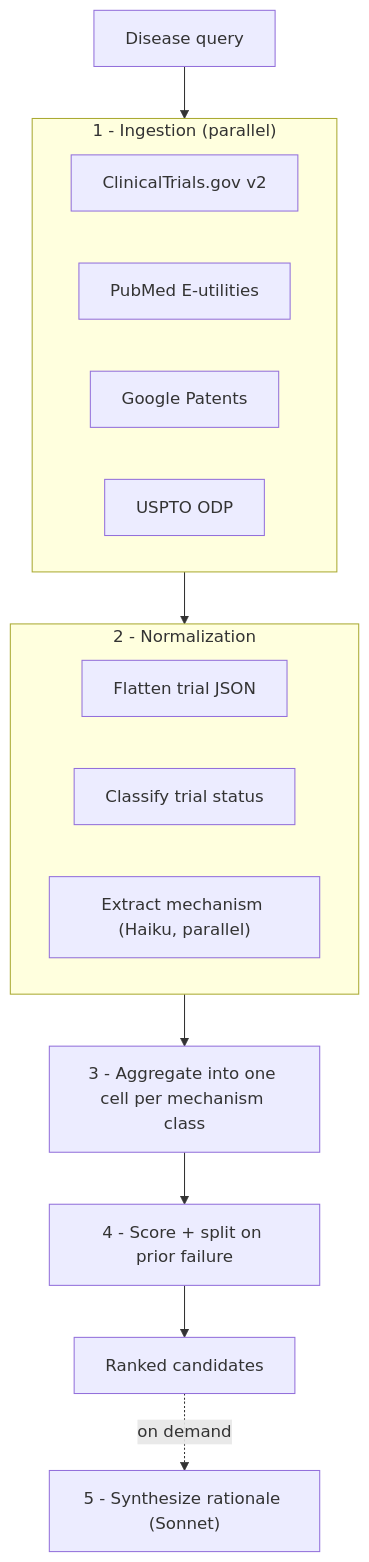
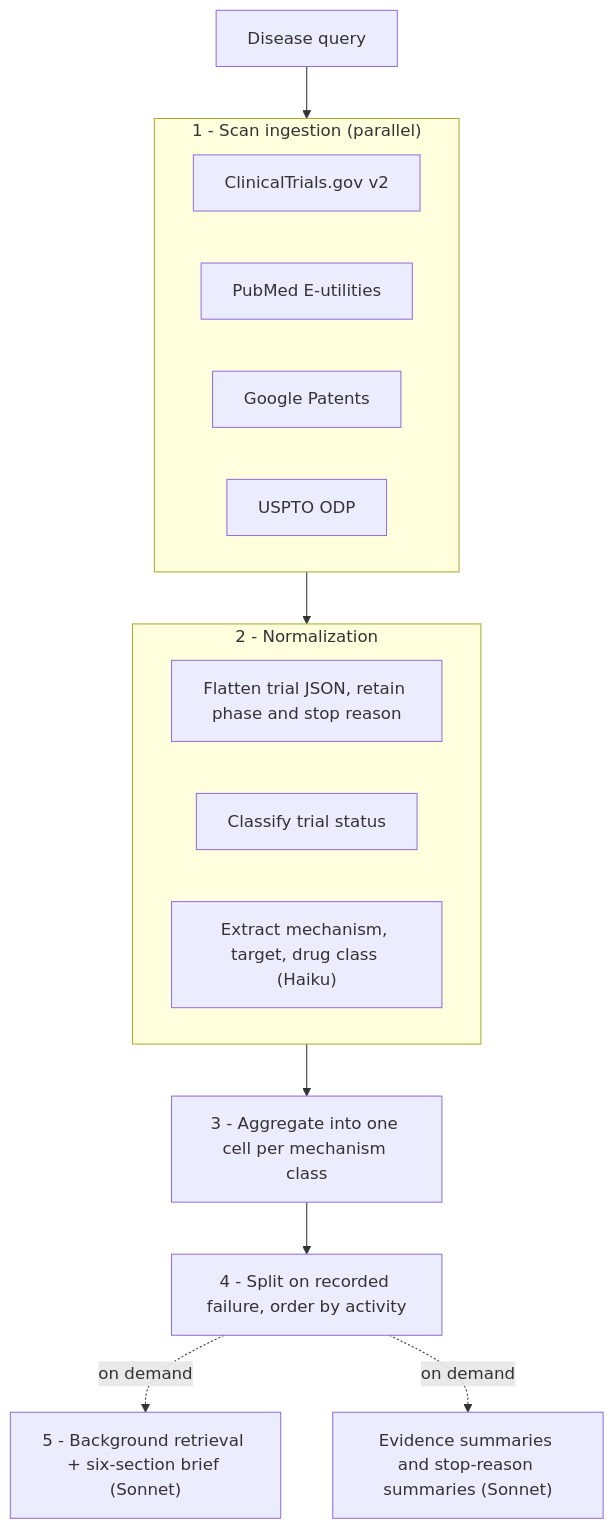
The diagram in README.md (marufmhoque/IndicationScope), drawn with Mermaid before and after one commit. The commit also changed other lines of this file and 27 other files, not shown here.

````diff
--- a/README.md
+++ b/README.md
@@ -27,24 +41,24 @@
 ```mermaid
 flowchart TD
     Q["Disease query"] --> ING
 
-    subgraph ING["1 - Ingestion (parallel)"]
+    subgraph ING["1 - Scan ingestion (parallel)"]
         CT["ClinicalTrials.gov v2"]
         PM["PubMed E-utilities"]
         GP["Google Patents"]
         US["USPTO ODP"]
     end
 
     ING --> NORM
 
     subgraph NORM["2 - Normalization"]
-        TN["Flatten trial JSON"]
+        TN["Flatten trial JSON, retain phase and stop reason"]
         SC["Classify trial status"]
-        EX["Extract mechanism (Haiku, parallel)"]
+        EX["Extract mechanism, target, drug class (Haiku)"]
     end
 
     NORM --> MB["3 - Aggregate into one cell per mechanism class"]
-    MB --> WS["4 - Score + split on prior failure"]
-    WS --> OUT["Ranked candidates"]
-    OUT -.->|on demand| RAT["5 - Synthesize rationale (Sonnet)"]
+    MB --> LS["4 - Split on recorded failure, order by activity"]
+    LS -.->|on demand| BR["5 - Background retrieval + six-section brief (Sonnet)"]
+    LS -.->|on demand| SUM["Evidence summaries and stop-reason summaries (Sonnet)"]
 ```
````
